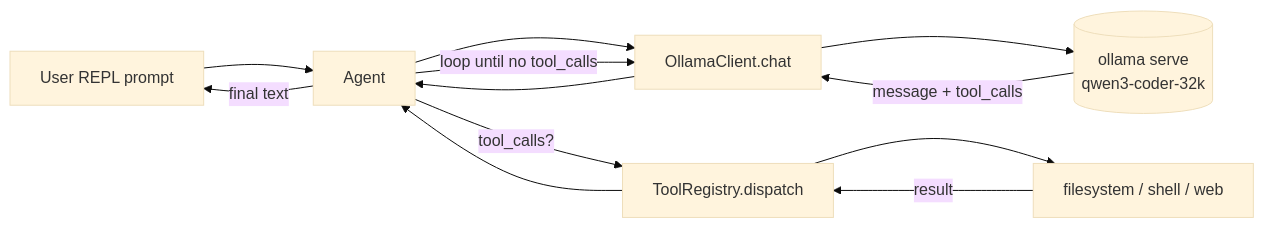
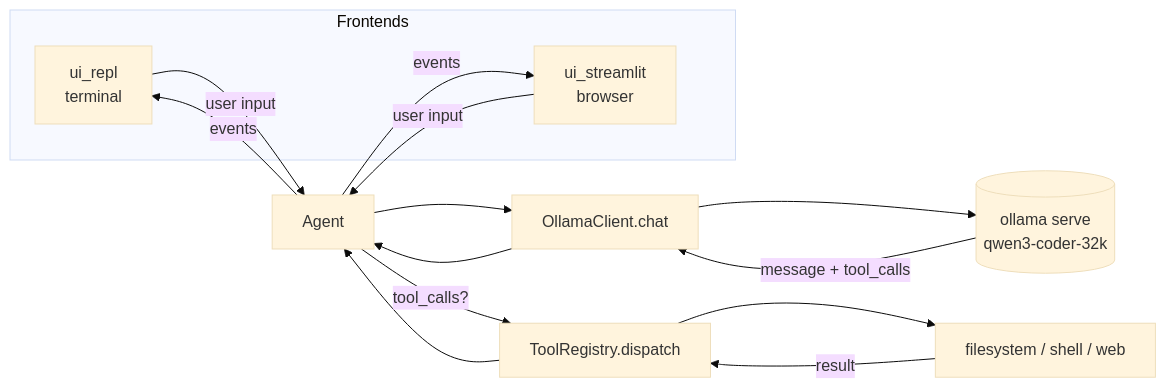
One commit to erstaples/ollama-experiments changed the diagram in docs/superpowers/specs/2026-05-20-ollama-harness-design.md. Above: the diagram before and after it, drawn with Mermaid (base theme). The commit also changed other lines of this file, not shown here.

Commit message:
docs: add Streamlit GUI to harness scope, refactor to event-driven agent

````diff
--- a/docs/superpowers/specs/2026-05-20-ollama-harness-design.md
+++ b/docs/superpowers/specs/2026-05-20-ollama-harness-design.md
@@ -25,14 +25,19 @@
 ```mermaid
 flowchart LR
-    User[User REPL prompt] --> Agent
+    subgraph Frontends
+        REPL[ui_repl<br/>terminal]
+        Streamlit[ui_streamlit<br/>browser]
+    end
+    REPL -->|user input| Agent
+    Streamlit -->|user input| Agent
+    Agent -->|events| REPL
+    Agent -->|events| Streamlit
     Agent --> Client[OllamaClient.chat]
     Client --> Ollama[(ollama serve<br/>qwen3-coder-32k)]
     Ollama -->|"message + tool_calls"| Client
     Client --> Agent
     Agent -->|tool_calls?| Registry[ToolRegistry.dispatch]
     Registry --> Tools[filesystem / shell / web]
     Tools -->|result| Registry
     Registry --> Agent
-    Agent -->|loop until no tool_calls| Client
-    Agent -->|final text| User
 ```
````
